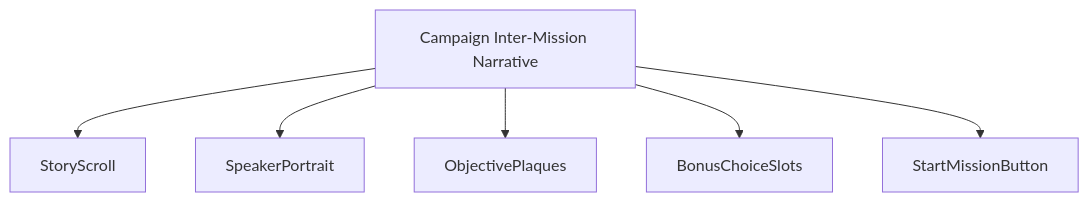
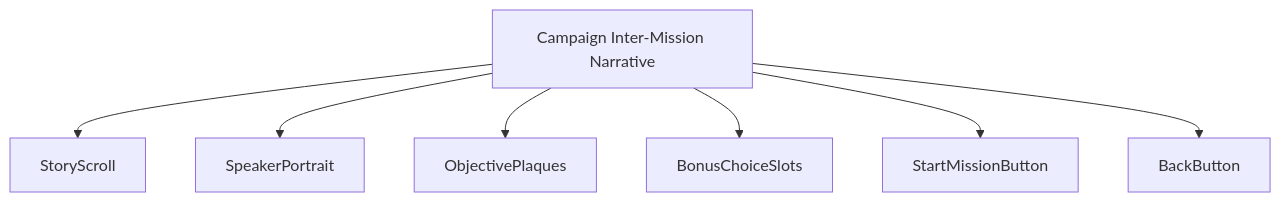
One commit to SunaNoOshiro/Heroes_Reforged_AI_Realms changed the first of 5 diagrams in docs/architecture/wiki/screens/04-campaign-narrative/architecture.md. Above: the diagram before and after it, drawn with Mermaid. The commit also changed other lines of this file and 518 other files, not shown here.

First line of the commit message:
Add doc-audit skill and sweep architecture/screen docs

````diff
--- a/docs/architecture/wiki/screens/04-campaign-narrative/architecture.md
+++ b/docs/architecture/wiki/screens/04-campaign-narrative/architecture.md
@@ -16,14 +29,16 @@
 ```mermaid
 flowchart TD
   Root["Campaign Inter-Mission Narrative"]
   C0["StoryScroll"]
   Root --> C0
   C1["SpeakerPortrait"]
   Root --> C1
   C2["ObjectivePlaques"]
   Root --> C2
   C3["BonusChoiceSlots"]
   Root --> C3
   C4["StartMissionButton"]
   Root --> C4
+  C5["BackButton"]
+  Root --> C5
 ```
````
